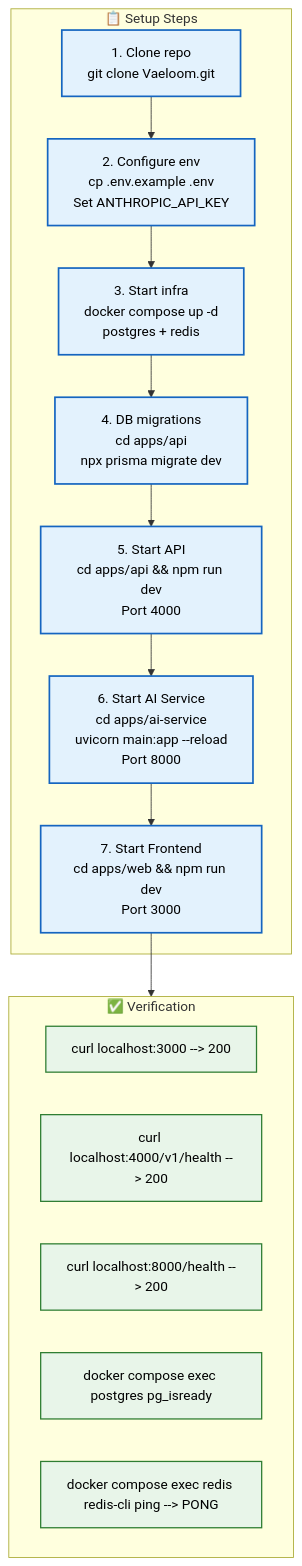
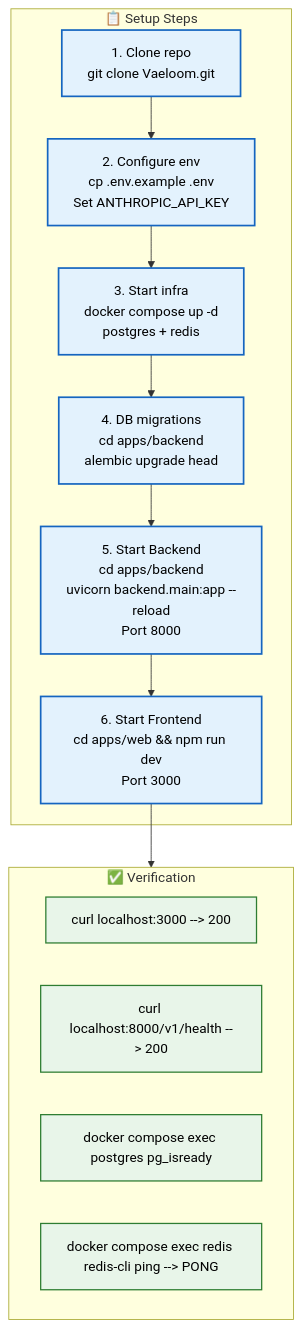
One commit to Driftloom/Vaeloom changed the diagram in docs/developer-experience/Setup.md. Above: the diagram before and after it, drawn with Mermaid. The commit also changed other lines of this file and 159 other files, not shown here.

````diff
--- a/docs/developer-experience/Setup.md
+++ b/docs/developer-experience/Setup.md
@@ -12,28 +11,26 @@
 ```mermaid
 graph TD
     classDef step fill:#e3f2fd,stroke:#1565c0,color:#000,stroke-width:2px
     classDef verify fill:#e8f5e9,stroke:#2e7d32,color:#000,stroke-width:1.5px
 
     subgraph Steps["📋 Setup Steps"]
         S1["1. Clone repo<br/>git clone Vaeloom.git"]
         S2["2. Configure env<br/>cp .env.example .env<br/>Set ANTHROPIC_API_KEY"]
         S3["3. Start infra<br/>docker compose up -d<br/>postgres + redis"]
-        S4["4. DB migrations<br/>cd apps/api<br/>npx prisma migrate dev"]
-        S5["5. Start API<br/>cd apps/api && npm run dev<br/>Port 4000"]
-        S6["6. Start AI Service<br/>cd apps/ai-service<br/>uvicorn main:app --reload<br/>Port 8000"]
-        S7["7. Start Frontend<br/>cd apps/web && npm run dev<br/>Port 3000"]
+        S4["4. DB migrations<br/>cd apps/backend<br/>alembic upgrade head"]
+        S5["5. Start Backend<br/>cd apps/backend<br/>uvicorn backend.main:app --reload<br/>Port 8000"]
+        S6["6. Start Frontend<br/>cd apps/web && npm run dev<br/>Port 3000"]
     end
 
     subgraph Verify["✅ Verification"]
         V1["curl localhost:3000 --> 200"]
-        V2["curl localhost:4000/v1/health --> 200"]
-        V3["curl localhost:8000/health --> 200"]
-        V4["docker compose exec postgres pg_isready"]
-        V5["docker compose exec redis redis-cli ping --> PONG"]
+        V2["curl localhost:8000/v1/health --> 200"]
+        V3["docker compose exec postgres pg_isready"]
+        V4["docker compose exec redis redis-cli ping --> PONG"]
     end
 
-    S1 --> S2 --> S3 --> S4 --> S5 --> S6 --> S7 --> Verify
+    S1 --> S2 --> S3 --> S4 --> S5 --> S6 --> Verify
 
-    class S1,S2,S3,S4,S5,S6,S7 step
-    class V1,V2,V3,V4,V5 verify
+    class S1,S2,S3,S4,S5,S6 step
+    class V1,V2,V3,V4 verify
 ```
````
